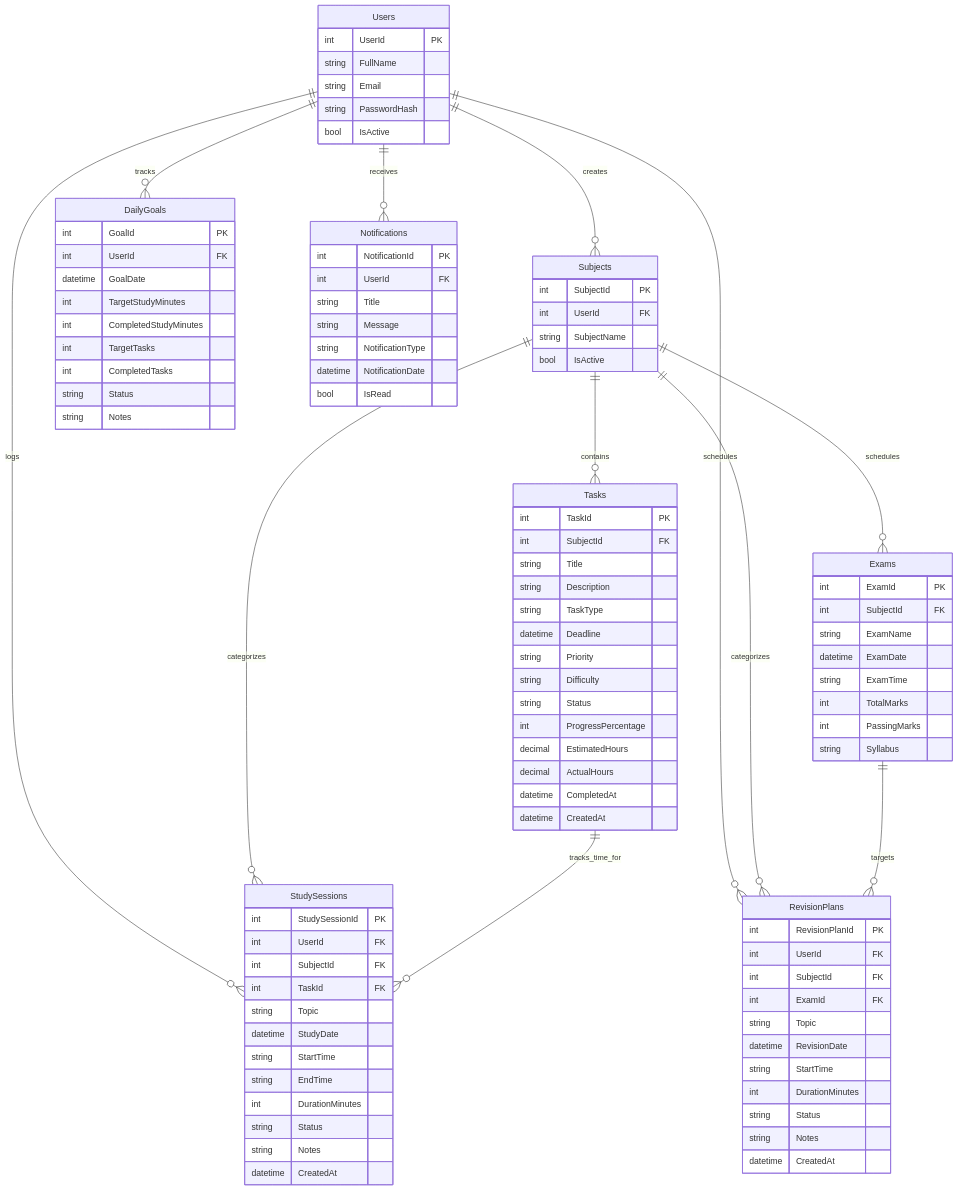
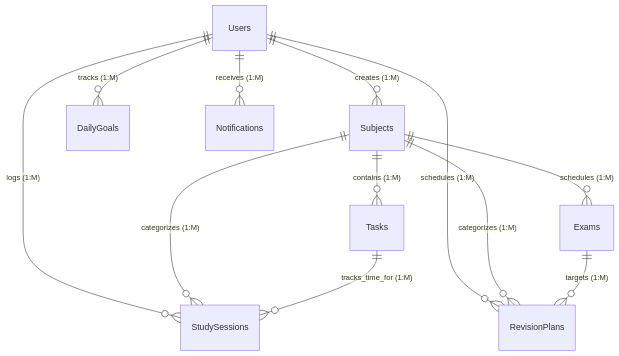
The second of 2 diagrams in README.md (AvinashRaj1703/Preparation-Assistant), drawn with Mermaid before and after one commit. The commit also changed other lines of this file, not shown here.

Commit message:
Add beginner-friendly step-by-step flow and all 8 dummy schema tables to README

````diff
--- a/README.md
+++ b/README.md
@@ -40,110 +154,16 @@
 ```mermaid
 erDiagram
-    Users ||--o{ Subjects : "creates"
-    Users ||--o{ StudySessions : "logs"
-    Users ||--o{ RevisionPlans : "schedules"
-    Users ||--o{ DailyGoals : "tracks"
-    Users ||--o{ Notifications : "receives"
+    Users ||--o{ Subjects : "creates (1:M)"
+    Users ||--o{ StudySessions : "logs (1:M)"
+    Users ||--o{ RevisionPlans : "schedules (1:M)"
+    Users ||--o{ DailyGoals : "tracks (1:M)"
+    Users ||--o{ Notifications : "receives (1:M)"
     
-    Subjects ||--o{ Tasks : "contains"
-    Subjects ||--o{ Exams : "schedules"
-    Subjects ||--o{ StudySessions : "categorizes"
-    Subjects ||--o{ RevisionPlans : "categorizes"
+    Subjects ||--o{ Tasks : "contains (1:M)"
+    Subjects ||--o{ Exams : "schedules (1:M)"
+    Subjects ||--o{ StudySessions : "categorizes (1:M)"
+    Subjects ||--o{ RevisionPlans : "categorizes (1:M)"
     
-    Tasks ||--o{ StudySessions : "tracks_time_for"
-    Exams ||--o{ RevisionPlans : "targets"
-
-    Users {
-        int UserId PK
-        string FullName
-        string Email
-        string PasswordHash
-        bool IsActive
-    }
-
-    Subjects {
-        int SubjectId PK
-        int UserId FK
-        string SubjectName
-        bool IsActive
-    }
-
-    Tasks {
-        int TaskId PK
-        int SubjectId FK
-        string Title
-        string Description
-        string TaskType
-        datetime Deadline
-        string Priority
-        string Difficulty
-        string Status
-        int ProgressPercentage
-        decimal EstimatedHours
-        decimal ActualHours
-        datetime CompletedAt
-        datetime CreatedAt
-    }
-
-    Exams {
-        int ExamId PK
-        int SubjectId FK
-        string ExamName
-        datetime ExamDate
-        string ExamTime
-        int TotalMarks
-        int PassingMarks
-        string Syllabus
-    }
-
-    StudySessions {
-        int StudySessionId PK
-        int UserId FK
-        int SubjectId FK
-        int TaskId FK
-        string Topic
-        datetime StudyDate
-        string StartTime
-        string EndTime
-        int DurationMinutes
-        string Status
-        string Notes
-        datetime CreatedAt
-    }
-
-    RevisionPlans {
-        int RevisionPlanId PK
-        int UserId FK
-        int SubjectId FK
-        int ExamId FK
-        string Topic
-        datetime RevisionDate
-        string StartTime
-        int DurationMinutes
-        string Status
-        string Notes
-        datetime CreatedAt
-    }
-
-    DailyGoals {
-        int GoalId PK
-        int UserId FK
-        datetime GoalDate
-        int TargetStudyMinutes
-        int CompletedStudyMinutes
-        int TargetTasks
-        int CompletedTasks
-        string Status
-        string Notes
-    }
-
-    Notifications {
-        int NotificationId PK
-        int UserId FK
-        string Title
-        string Message
-        string NotificationType
-        datetime NotificationDate
-        bool IsRead
-    }
+    Tasks ||--o{ StudySessions : "tracks_time_for (1:M)"
+    Exams ||--o{ RevisionPlans : "targets (1:M)"
 ```
````
